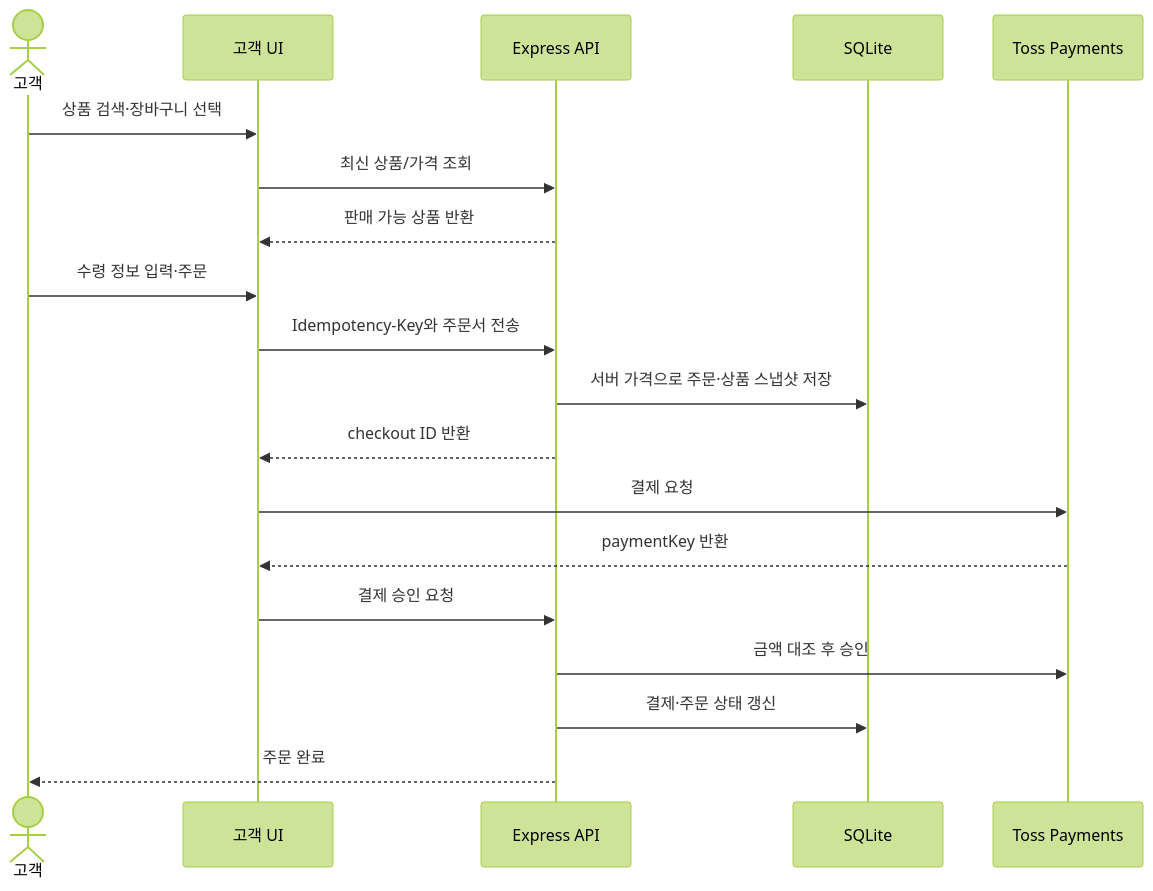
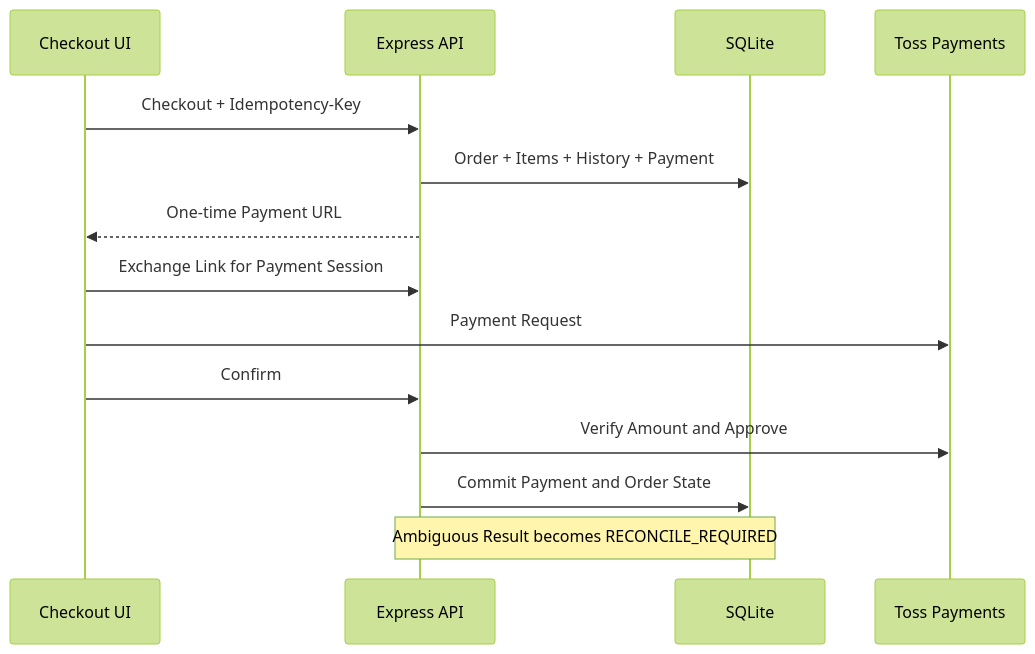
The second of 3 diagrams in README.md (wlrjs1300-coder/ShoppingMall), drawn with Mermaid (forest theme) before and after one commit. The commit also changed other lines of this file and 2 other files, not shown here.

````diff
--- a/README.md
+++ b/README.md
@@ -104,21 +112,17 @@
 ```mermaid
 sequenceDiagram
-  actor Customer as 고객
-  participant UI as 고객 UI
+  participant UI as Checkout UI
   participant API as Express API
   participant DB as SQLite
-  participant Pay as Toss Payments
-  Customer->>UI: 상품 검색·장바구니 선택
-  UI->>API: 최신 상품/가격 조회
-  API-->>UI: 판매 가능 상품 반환
-  Customer->>UI: 수령 정보 입력·주문
-  UI->>API: Idempotency-Key와 주문서 전송
-  API->>DB: 서버 가격으로 주문·상품 스냅샷 저장
-  API-->>UI: checkout ID 반환
-  UI->>Pay: 결제 요청
-  Pay-->>UI: paymentKey 반환
-  UI->>API: 결제 승인 요청
-  API->>Pay: 금액 대조 후 승인
-  API->>DB: 결제·주문 상태 갱신
-  API-->>Customer: 주문 완료
+  participant Toss as Toss Payments
+
+  UI->>API: Checkout + Idempotency-Key
+  API->>DB: Order + Items + History + Payment
+  API-->>UI: One-time Payment URL
+  UI->>API: Exchange Link for Payment Session
+  UI->>Toss: Payment Request
+  UI->>API: Confirm
+  API->>Toss: Verify Amount and Approve
+  API->>DB: Commit Payment and Order State
+  Note over API,DB: Ambiguous Result becomes RECONCILE_REQUIRED
 ```
````
